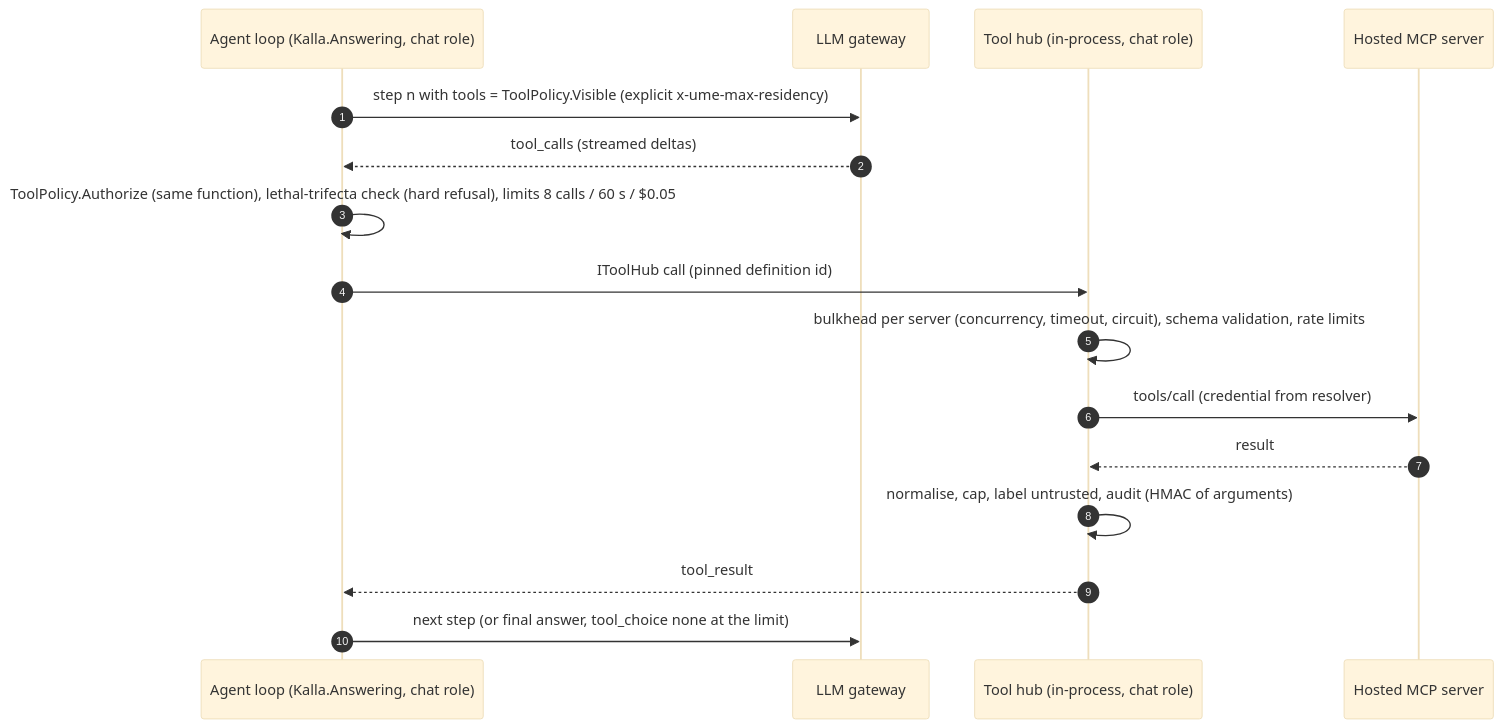
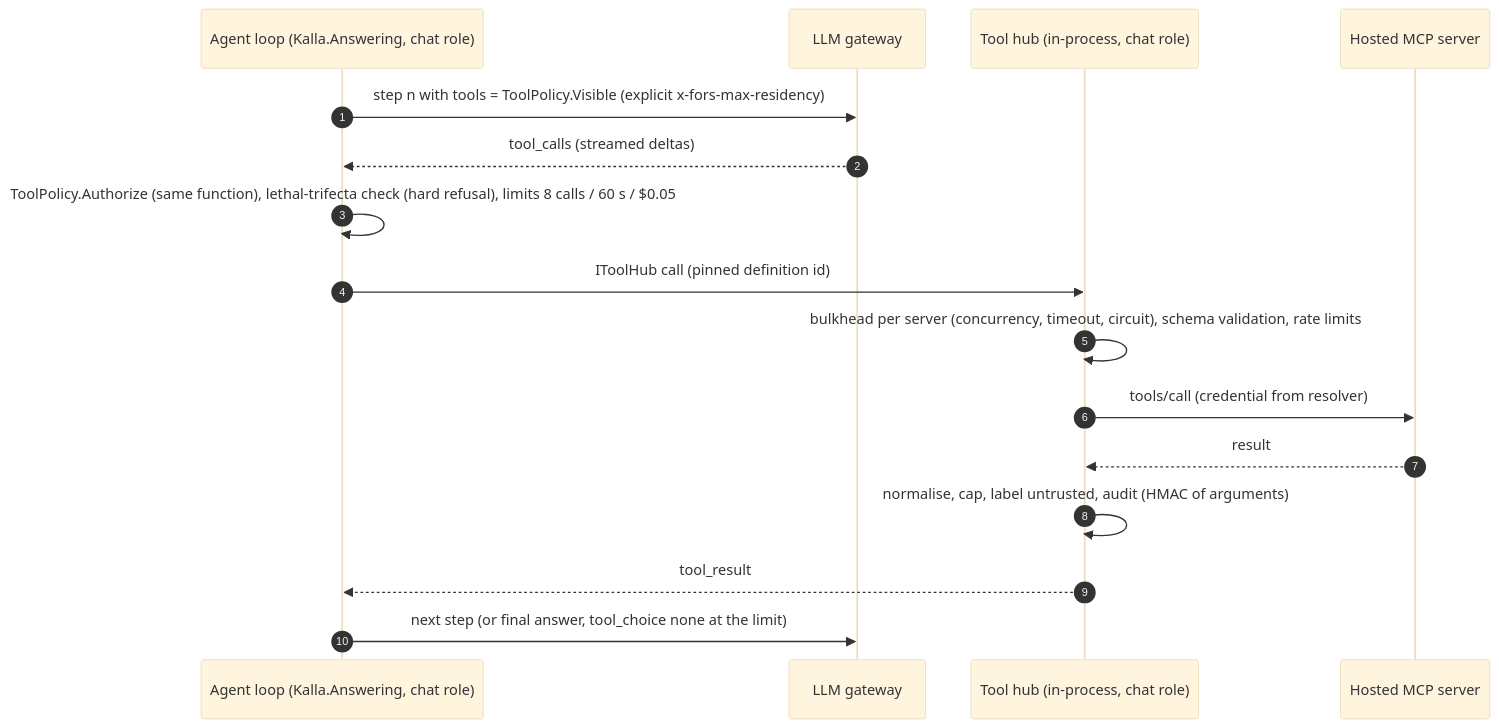
One commit to thekim1/kalla changed the fourth of 4 diagrams in plans/architecture.md. Above: the diagram before and after it, drawn with Mermaid (base theme). The commit also changed other lines of this file and 172 other files, not shown here.

````diff
--- a/plans/architecture.md
+++ b/plans/architecture.md
@@ -218,19 +218,19 @@
 ```mermaid
 sequenceDiagram
     autonumber
     participant M as Agent loop (Kalla.Answering, chat role)
     participant G as LLM gateway
     participant H as Tool hub (in-process, chat role)
     participant S as Hosted MCP server
 
-    M->>G: step n with tools = ToolPolicy.Visible (explicit x-ume-max-residency)
+    M->>G: step n with tools = ToolPolicy.Visible (explicit x-fors-max-residency)
     G-->>M: tool_calls (streamed deltas)
     M->>M: ToolPolicy.Authorize (same function), lethal-trifecta check (hard refusal), limits 8 calls / 60 s / $0.05
     M->>H: IToolHub call (pinned definition id)
     H->>H: bulkhead per server (concurrency, timeout, circuit), schema validation, rate limits
     H->>S: tools/call (credential from resolver)
     S-->>H: result
     H->>H: normalise, cap, label untrusted, audit (HMAC of arguments)
     H-->>M: tool_result
     M->>G: next step (or final answer, tool_choice none at the limit)
 ```
````
